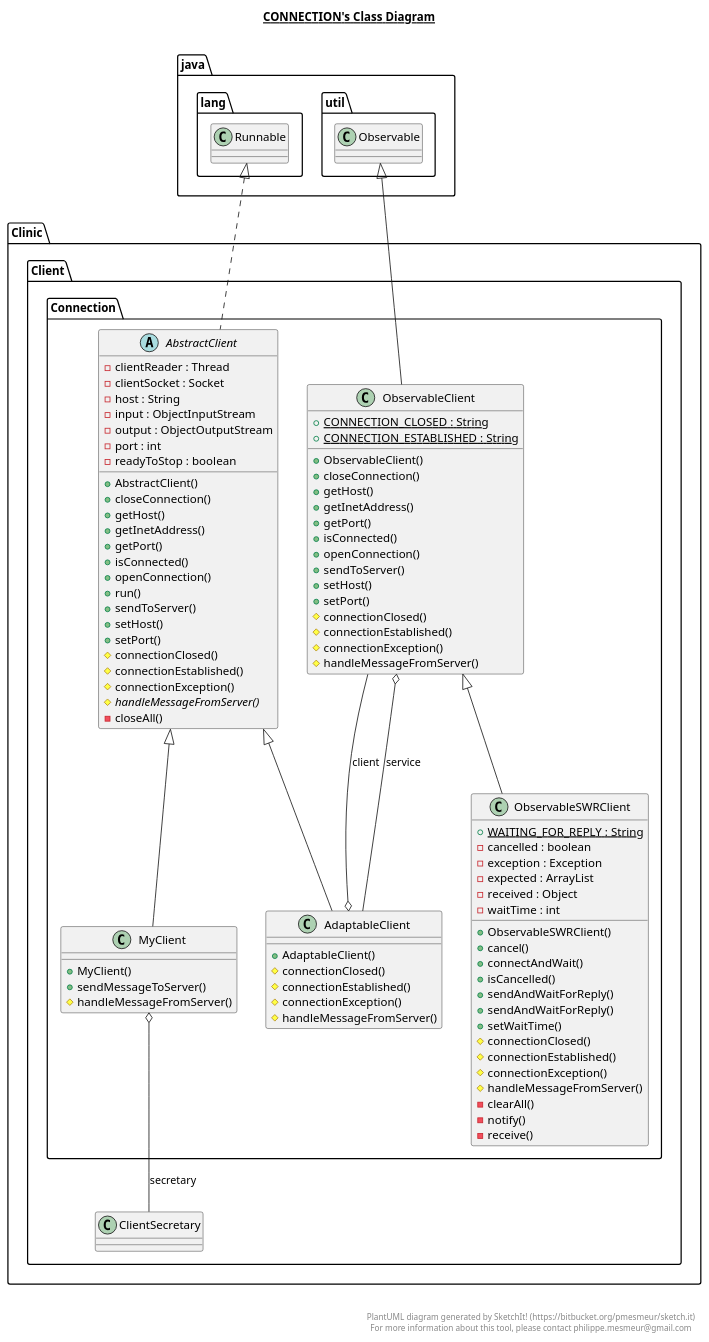
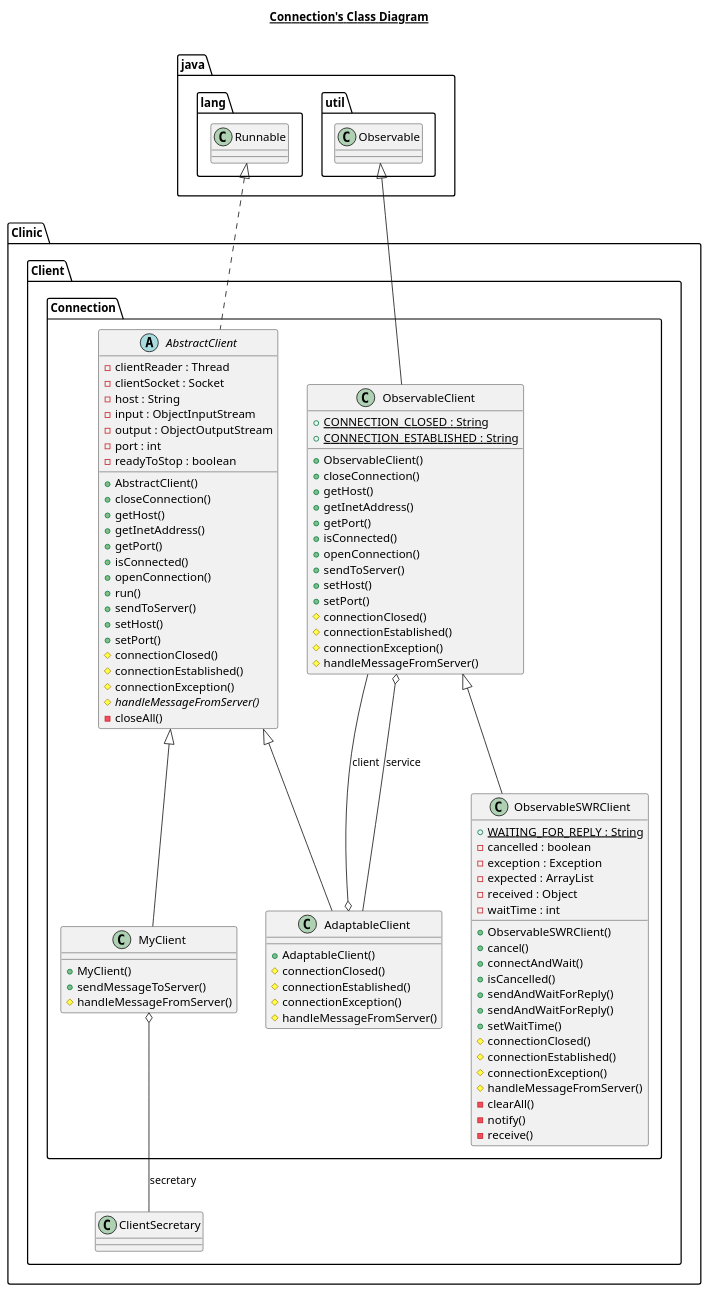
The diagram in src/Clinic/Client/Connection/Connection.plantuml (AidanJohnston/Omar), drawn with PlantUML before and after one commit. The commit also changed 5 other files, not shown here.

Commit message:
Updated uml

```diff
--- a/src/Clinic/Client/Connection/Connection.plantuml
+++ b/src/Clinic/Client/Connection/Connection.plantuml
@@ -1,129 +1,123 @@
 @startuml
 
-title __CONNECTION's Class Diagram__\n
+title __Connection's Class Diagram__\n
 
   namespace Clinic.Client {
     namespace Connection {
       abstract class Clinic.Client.Connection.AbstractClient {
           - clientReader : Thread
           - clientSocket : Socket
           - host : String
           - input : ObjectInputStream
           - output : ObjectOutputStream
           - port : int
           - readyToStop : boolean
           + AbstractClient()
           + closeConnection()
           + getHost()
           + getInetAddress()
           + getPort()
           + isConnected()
           + openConnection()
           + run()
           + sendToServer()
           + setHost()
           + setPort()
           # connectionClosed()
           # connectionEstablished()
           # connectionException()
           {abstract} # handleMessageFromServer()
           - closeAll()
       }
     }
   }
   
 
   namespace Clinic.Client {
     namespace Connection {
       class Clinic.Client.Connection.AdaptableClient {
           + AdaptableClient()
           # connectionClosed()
           # connectionEstablished()
           # connectionException()
           # handleMessageFromServer()
       }
     }
   }
   
 
   namespace Clinic.Client {
     namespace Connection {
       class Clinic.Client.Connection.MyClient {
           + MyClient()
           + sendMessageToServer()
           # handleMessageFromServer()
       }
     }
   }
   
 
   namespace Clinic.Client {
     namespace Connection {
       class Clinic.Client.Connection.ObservableClient {
           {static} + CONNECTION_CLOSED : String
           {static} + CONNECTION_ESTABLISHED : String
           + ObservableClient()
           + closeConnection()
           + getHost()
           + getInetAddress()
           + getPort()
           + isConnected()
           + openConnection()
           + sendToServer()
           + setHost()
           + setPort()
           # connectionClosed()
           # connectionEstablished()
           # connectionException()
           # handleMessageFromServer()
       }
     }
   }
   
 
   namespace Clinic.Client {
     namespace Connection {
       class Clinic.Client.Connection.ObservableSWRClient {
           {static} + WAITING_FOR_REPLY : String
           - cancelled : boolean
           - exception : Exception
           - expected : ArrayList
           - received : Object
           - waitTime : int
           + ObservableSWRClient()
           + cancel()
           + connectAndWait()
           + isCancelled()
           + sendAndWaitForReply()
           + sendAndWaitForReply()
           + setWaitTime()
           # connectionClosed()
           # connectionEstablished()
           # connectionException()
           # handleMessageFromServer()
           - clearAll()
           - notify()
           - receive()
       }
     }
   }
   
 
   Clinic.Client.Connection.AbstractClient .up.|> java.lang.Runnable
   Clinic.Client.Connection.AdaptableClient -up-|> Clinic.Client.Connection.AbstractClient
   Clinic.Client.Connection.AdaptableClient o-- Clinic.Client.Connection.ObservableClient : client
   Clinic.Client.Connection.MyClient -up-|> Clinic.Client.Connection.AbstractClient
   Clinic.Client.Connection.MyClient o-- Clinic.Client.ClientSecretary : secretary
   Clinic.Client.Connection.ObservableClient -up-|> java.util.Observable
   Clinic.Client.Connection.ObservableClient o-- Clinic.Client.Connection.AdaptableClient : service
   Clinic.Client.Connection.ObservableSWRClient -up-|> Clinic.Client.Connection.ObservableClient
 
 
-right footer
-
-
-PlantUML diagram generated by SketchIt! (https://bitbucket.org/pmesmeur/sketch.it)
-For more information about this tool, please contact philippe.mesmeur@gmail.com
-endfooter
 
 @enduml
```
